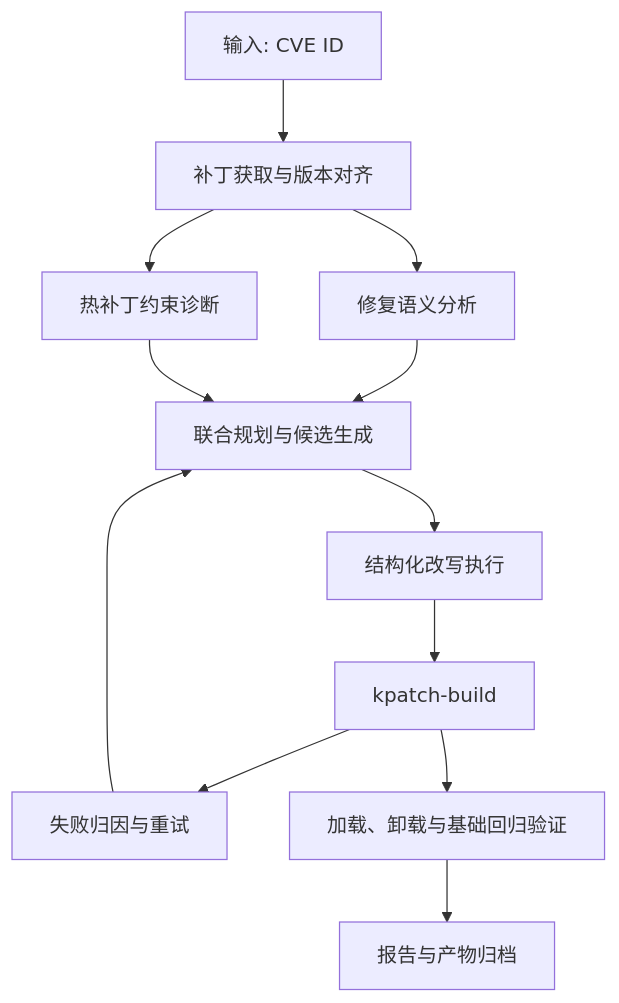
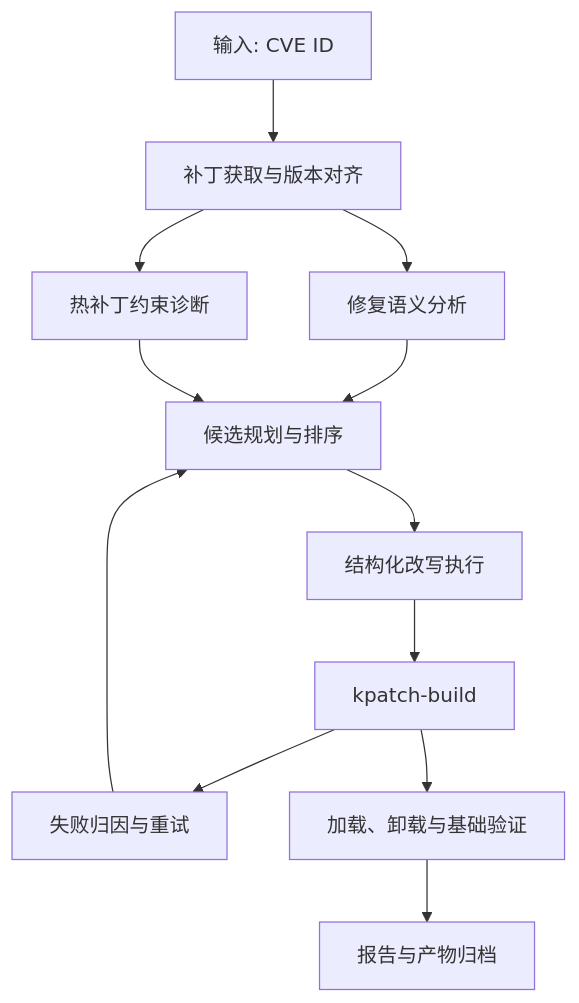
Before and after one commit to Sinfinal/PatchWeaver: the diagram in docs/PatchWeaver-总方案与创新设计总文档.md, drawn with Mermaid. The commit also changed other lines of this file, not shown here.

````diff
--- a/docs/PatchWeaver-总方案与创新设计总文档.md
+++ b/docs/PatchWeaver-总方案与创新设计总文档.md
@@ -46,14 +53,14 @@
 ```mermaid
 flowchart TD
     A["输入: CVE ID"] --> B["补丁获取与版本对齐"]
     B --> C["修复语义分析"]
     B --> D["热补丁约束诊断"]
-    C --> E["联合规划与候选生成"]
+    C --> E["候选规划与排序"]
     D --> E
     E --> F["结构化改写执行"]
     F --> G["kpatch-build"]
     G --> H["失败归因与重试"]
     H --> E
-    G --> I["加载、卸载与基础回归验证"]
+    G --> I["加载、卸载与基础验证"]
     I --> J["报告与产物归档"]
 ```
````
